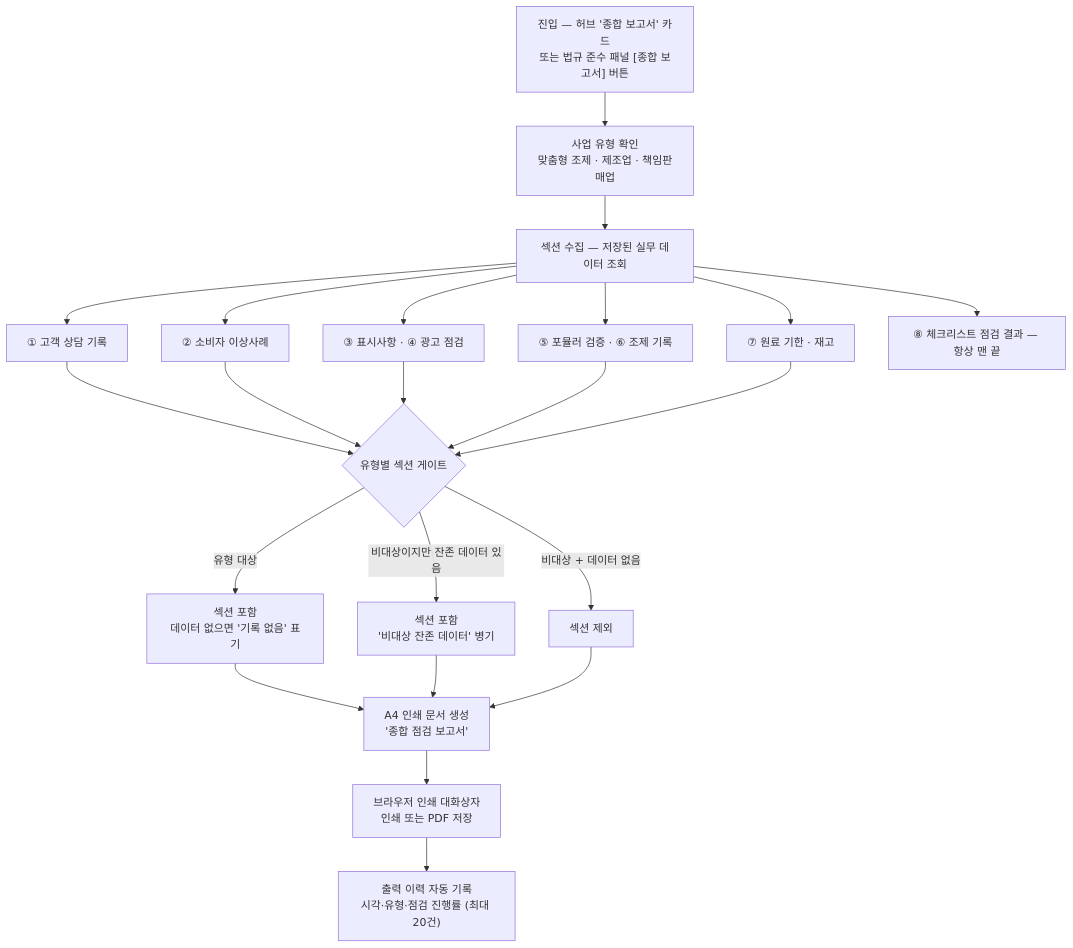
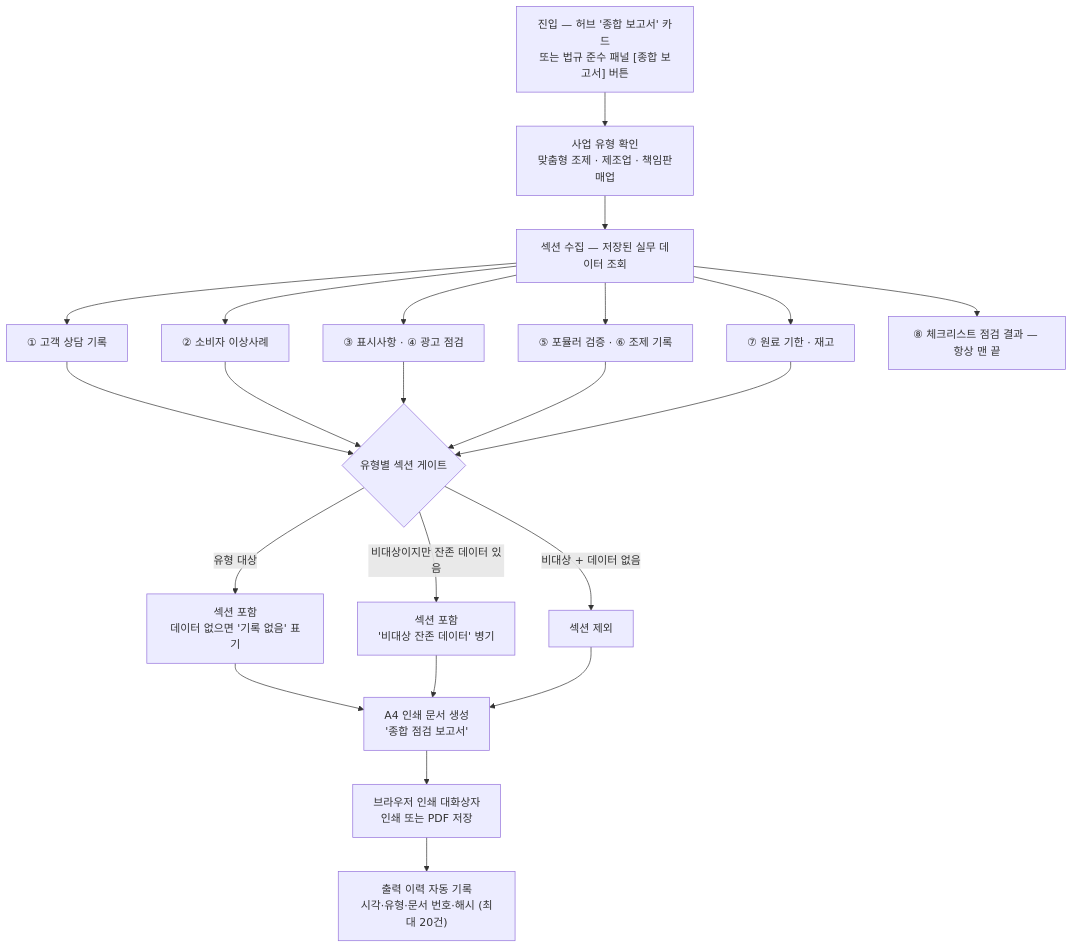
The third of 3 diagrams in content/exams/cosmetic/docs/formula_manual.md (skygoldlee-cyber/passory), drawn with Mermaid before and after one commit. The commit also changed other lines of this file and 1 other file, not shown here.

````diff
--- a/content/exams/cosmetic/docs/formula_manual.md
+++ b/content/exams/cosmetic/docs/formula_manual.md
@@ -287,18 +291,18 @@
 ```mermaid
 graph TD
     A["진입 — 허브 '종합 보고서' 카드<br/>또는 법규 준수 패널 [종합 보고서] 버튼"] --> B["사업 유형 확인<br/>맞춤형 조제 · 제조업 · 책임판매업"]
     B --> C["섹션 수집 — 저장된 실무 데이터 조회"]
     C --> C1["① 고객 상담 기록"]
     C --> C2["② 소비자 이상사례"]
     C --> C3["③ 표시사항 · ④ 광고 점검"]
     C --> C4["⑤ 포뮬러 검증 · ⑥ 조제 기록"]
     C --> C5["⑦ 원료 기한 · 재고"]
     C --> C6["⑧ 체크리스트 점검 결과 — 항상 맨 끝"]
     C1 & C2 & C3 & C4 & C5 --> D{"유형별 섹션 게이트"}
     D -->|"유형 대상"| E["섹션 포함<br/>데이터 없으면 '기록 없음' 표기"]
     D -->|"비대상이지만 잔존 데이터 있음"| E2["섹션 포함<br/>'비대상 잔존 데이터' 병기"]
     D -->|"비대상 + 데이터 없음"| E3["섹션 제외"]
     E & E2 & E3 --> F["A4 인쇄 문서 생성<br/>'종합 점검 보고서'"]
     F --> G["브라우저 인쇄 대화상자<br/>인쇄 또는 PDF 저장"]
-    G --> H["출력 이력 자동 기록<br/>시각·유형·점검 진행률 (최대 20건)"]
+    G --> H["출력 이력 자동 기록<br/>시각·유형·문서 번호·해시 (최대 20건)"]
 ```
````
